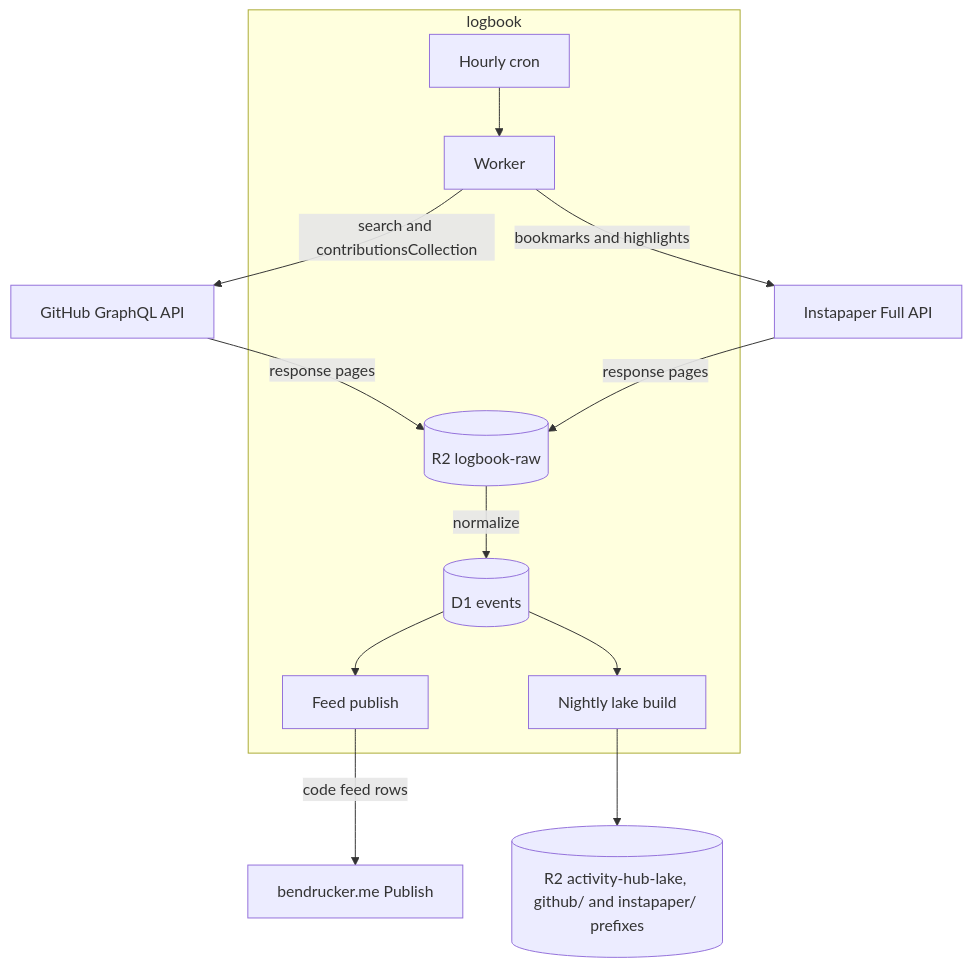
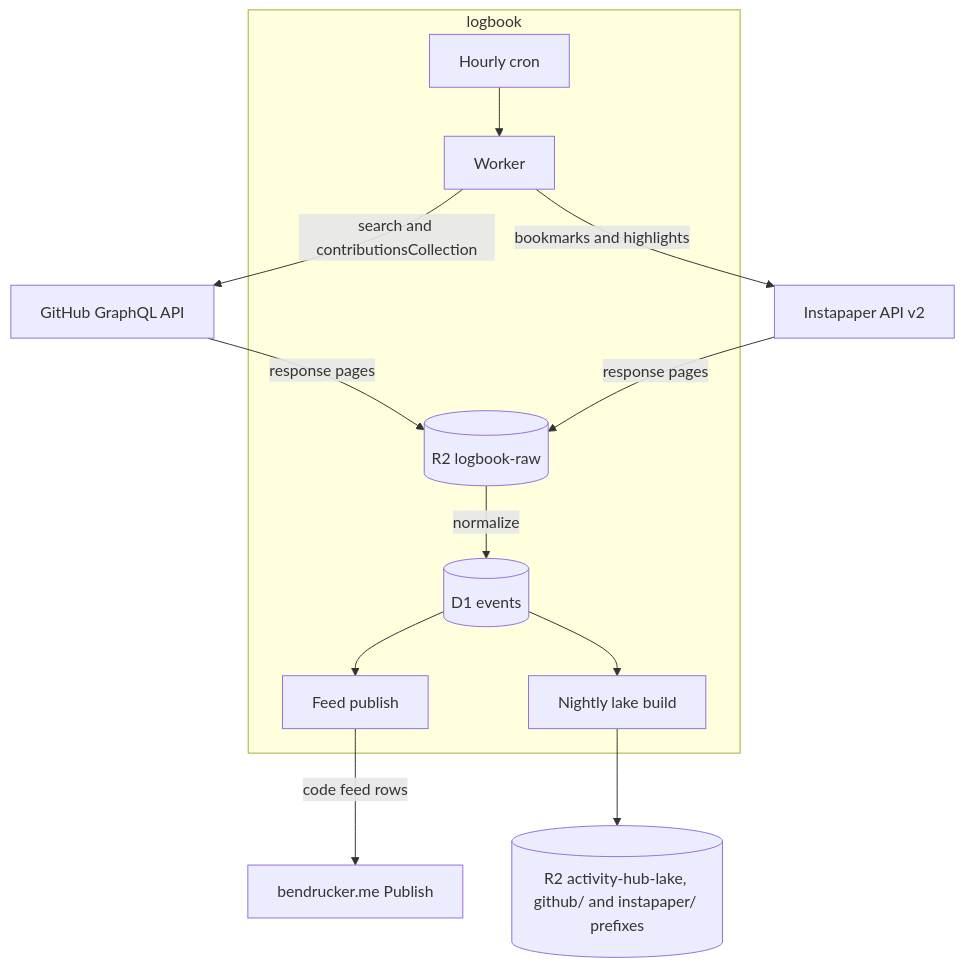
One commit to bendrucker/logbook changed the diagram in README.md. Above: the diagram before and after it, drawn with Mermaid. The commit also changed other lines of this file and 32 other files, not shown here.

First line of the commit message:
Move Instapaper to API v2 through its SDK

````diff
--- a/README.md
+++ b/README.md
@@ -17,26 +17,26 @@
 ```mermaid
 flowchart TB
     api[GitHub GraphQL API]
 
     subgraph hub [logbook]
         cron[Hourly cron]
         worker[Worker]
         raw[(R2 logbook-raw)]
         d1[(D1 events)]
         feed[Feed publish]
         lakecron[Nightly lake build]
     end
 
-    instapaper[Instapaper Full API]
+    instapaper[Instapaper API v2]
     lake[(R2 activity-hub-lake, github/ and instapaper/ prefixes)]
     site[bendrucker.me Publish]
 
     cron --> worker
     worker -->|search and contributionsCollection| api
     worker -->|bookmarks and highlights| instapaper
     api -->|response pages| raw
     instapaper -->|response pages| raw
     raw -->|normalize| d1
     d1 --> feed -->|code feed rows| site
     d1 --> lakecron --> lake
 ```
````
